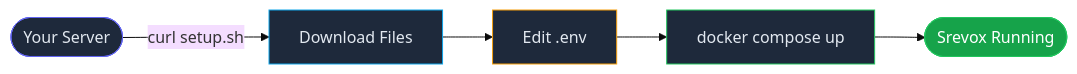
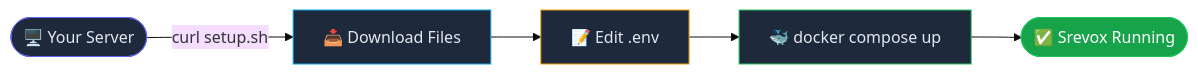
One commit to Akshatsainiaks/srevox changed the first of 10 diagrams in README.md. Above: the diagram before and after it, drawn with Mermaid (base theme). The commit also changed other lines of this file, not shown here.

Commit message:
fix: rename loopzen-agent.yml to srevox-agent.yml

````diff
--- a/README.md
+++ b/README.md
@@ -444,13 +444,13 @@
 ```mermaid
 flowchart LR
-    A([Your Server]) -->|curl setup.sh| B[Download Files]
-    B --> C[Edit .env]
-    C --> D[docker compose up]
-    D --> E([Srevox Running])
+    A([🖥️ Your Server]) -->|curl setup.sh| B[📥 Download Files]
+    B --> C[📝 Edit .env]
+    C --> D[🐳 docker compose up]
+    D --> E([✅ Srevox Running])
 
     style A fill:#1e293b,stroke:#6366f1,color:#e2e8f0
     style B fill:#1e293b,stroke:#0ea5e9,color:#e2e8f0
     style C fill:#1e293b,stroke:#f59e0b,color:#e2e8f0
     style D fill:#1e293b,stroke:#22c55e,color:#e2e8f0
     style E fill:#16a34a,stroke:#22c55e,color:#ffffff
 ```
````
